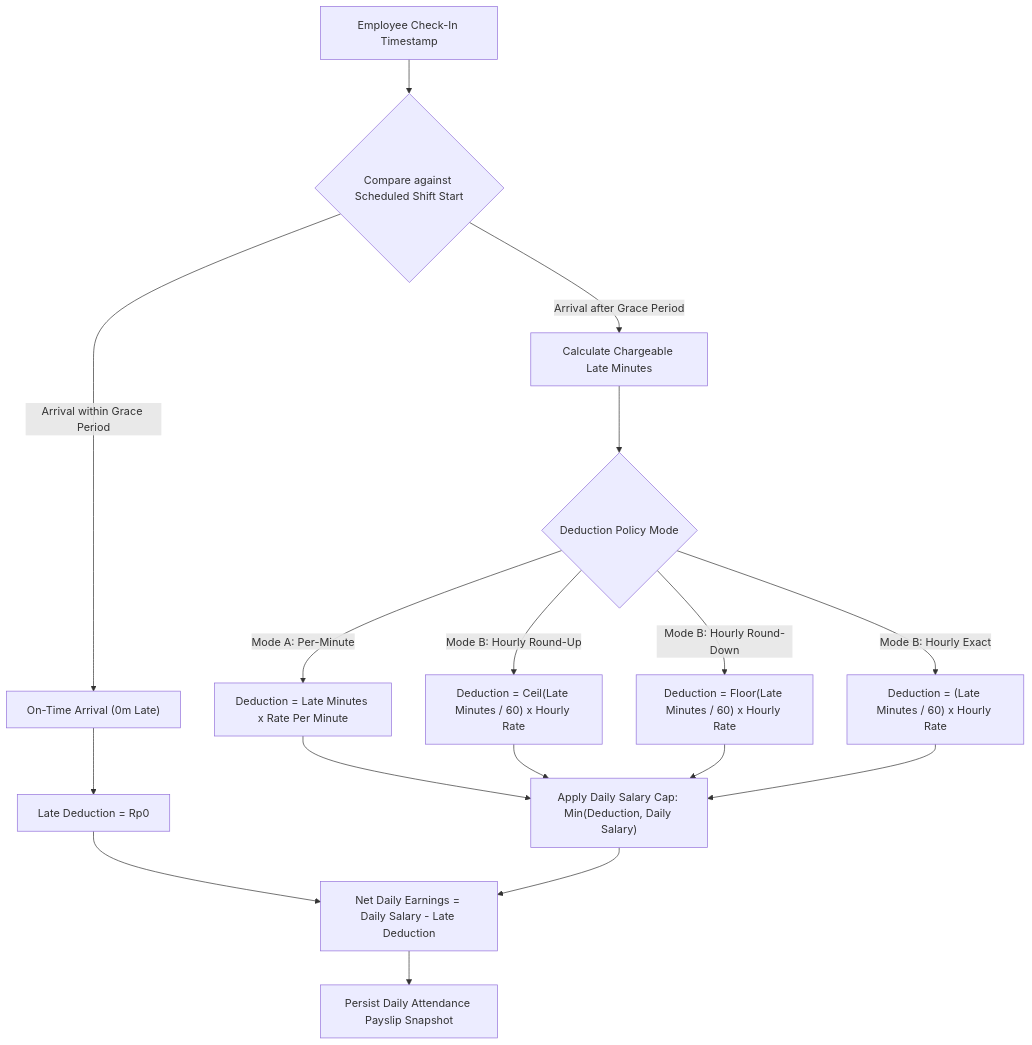
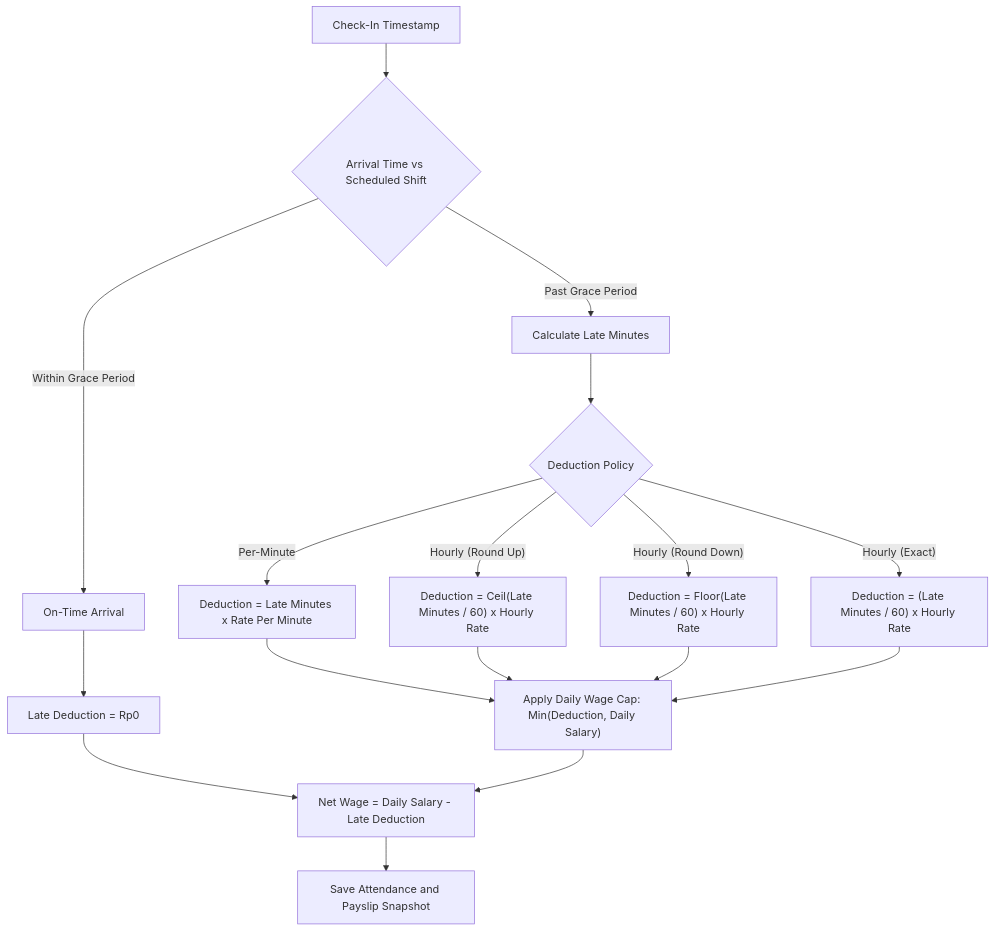
Before and after one commit to aditya0w0/payroll-attendance: the third of 3 diagrams in README.md, drawn with Mermaid. The commit also changed other lines of this file and 4 other files, not shown here.

````diff
--- a/README.md
+++ b/README.md
@@ -73,19 +71,19 @@
 ```mermaid
 flowchart TD
-    W1["Employee Check-In Timestamp"] --> W2{"Compare against Scheduled Shift Start"}
-    W2 --"Arrival within Grace Period"--> W3["On-Time Arrival (0m Late)"]
+    W1["Check-In Timestamp"] --> W2{"Arrival Time vs Scheduled Shift"}
+    W2 --"Within Grace Period"--> W3["On-Time Arrival"]
     W3 --> W4["Late Deduction = Rp0"]
-    W2 --"Arrival after Grace Period"--> W5["Calculate Chargeable Late Minutes"]
-    W5 --> W6{"Deduction Policy Mode"}
-    W6 --"Mode A: Per-Minute"--> W7["Deduction = Late Minutes x Rate Per Minute"]
-    W6 --"Mode B: Hourly Round-Up"--> W8["Deduction = Ceil(Late Minutes / 60) x Hourly Rate"]
-    W6 --"Mode B: Hourly Round-Down"--> W9["Deduction = Floor(Late Minutes / 60) x Hourly Rate"]
-    W6 --"Mode B: Hourly Exact"--> W10["Deduction = (Late Minutes / 60) x Hourly Rate"]
-    W7 --> W11["Apply Daily Salary Cap: Min(Deduction, Daily Salary)"]
+    W2 --"Past Grace Period"--> W5["Calculate Late Minutes"]
+    W5 --> W6{"Deduction Policy"}
+    W6 --"Per-Minute"--> W7["Deduction = Late Minutes x Rate Per Minute"]
+    W6 --"Hourly (Round Up)"--> W8["Deduction = Ceil(Late Minutes / 60) x Hourly Rate"]
+    W6 --"Hourly (Round Down)"--> W9["Deduction = Floor(Late Minutes / 60) x Hourly Rate"]
+    W6 --"Hourly (Exact)"--> W10["Deduction = (Late Minutes / 60) x Hourly Rate"]
+    W7 --> W11["Apply Daily Wage Cap: Min(Deduction, Daily Salary)"]
     W8 --> W11
     W9 --> W11
     W10 --> W11
-    W4 --> W12["Net Daily Earnings = Daily Salary - Late Deduction"]
+    W4 --> W12["Net Wage = Daily Salary - Late Deduction"]
     W11 --> W12
-    W12 --> W13["Persist Daily Attendance Payslip Snapshot"]
+    W12 --> W13["Save Attendance and Payslip Snapshot"]
 ```
````
